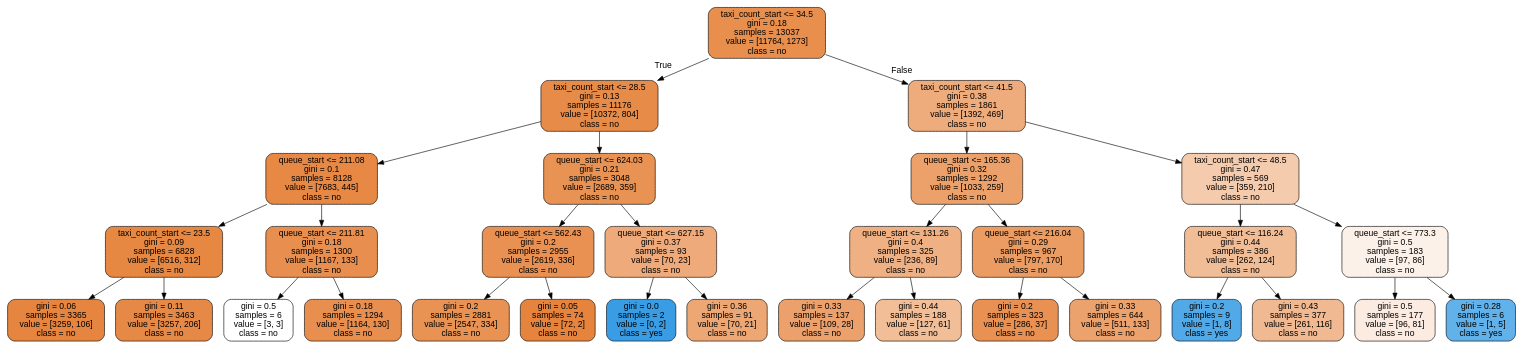
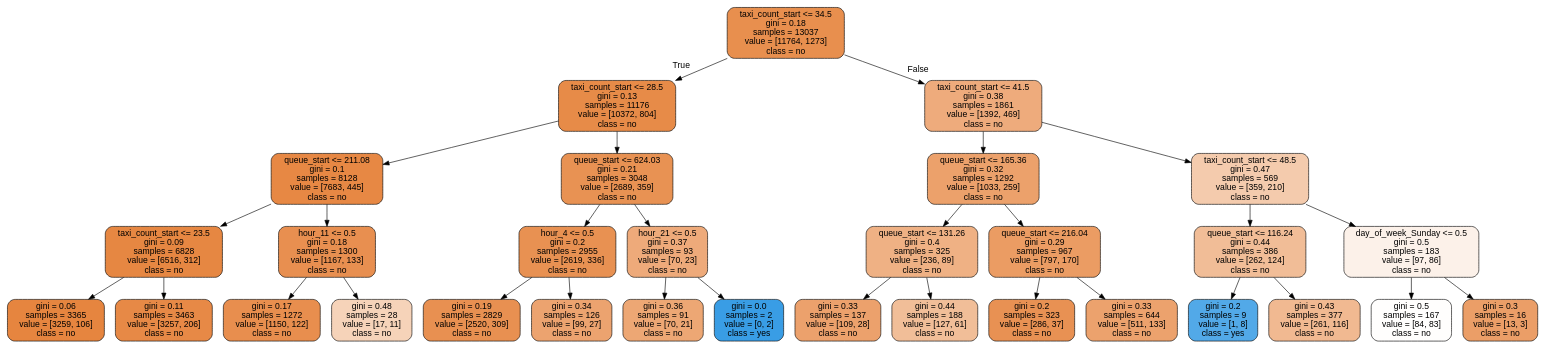
One commit to DungDinhDungDinh/capstone_project changed the diagram in tree.dot. Above: the diagram before and after it, drawn with Graphviz. The commit also changed 7 other files, not shown here.

```diff
--- a/tree.dot
+++ b/tree.dot
@@ -1,65 +1,65 @@
 digraph Tree {
 node [shape=box, style="filled, rounded", color="black", fontname="helvetica"] ;
 edge [fontname="helvetica"] ;
 0 [label="taxi_count_start <= 34.5\ngini = 0.18\nsamples = 13037\nvalue = [11764, 1273]\nclass = no", fillcolor="#e88f4e"] ;
 1 [label="taxi_count_start <= 28.5\ngini = 0.13\nsamples = 11176\nvalue = [10372, 804]\nclass = no", fillcolor="#e78b48"] ;
 0 -> 1 [labeldistance=2.5, labelangle=45, headlabel="True"] ;
 2 [label="queue_start <= 211.08\ngini = 0.1\nsamples = 8128\nvalue = [7683, 445]\nclass = no", fillcolor="#e78844"] ;
 1 -> 2 ;
 3 [label="taxi_count_start <= 23.5\ngini = 0.09\nsamples = 6828\nvalue = [6516, 312]\nclass = no", fillcolor="#e68742"] ;
 2 -> 3 ;
 4 [label="gini = 0.06\nsamples = 3365\nvalue = [3259, 106]\nclass = no", fillcolor="#e6853f"] ;
 3 -> 4 ;
 5 [label="gini = 0.11\nsamples = 3463\nvalue = [3257, 206]\nclass = no", fillcolor="#e78946"] ;
 3 -> 5 ;
-6 [label="queue_start <= 211.81\ngini = 0.18\nsamples = 1300\nvalue = [1167, 133]\nclass = no", fillcolor="#e88f50"] ;
+6 [label="hour_11 <= 0.5\ngini = 0.18\nsamples = 1300\nvalue = [1167, 133]\nclass = no", fillcolor="#e88f50"] ;
 2 -> 6 ;
-7 [label="gini = 0.5\nsamples = 6\nvalue = [3, 3]\nclass = no", fillcolor="#ffffff"] ;
+7 [label="gini = 0.17\nsamples = 1272\nvalue = [1150, 122]\nclass = no", fillcolor="#e88e4e"] ;
 6 -> 7 ;
-8 [label="gini = 0.18\nsamples = 1294\nvalue = [1164, 130]\nclass = no", fillcolor="#e88f4f"] ;
+8 [label="gini = 0.48\nsamples = 28\nvalue = [17, 11]\nclass = no", fillcolor="#f6d3b9"] ;
 6 -> 8 ;
 9 [label="queue_start <= 624.03\ngini = 0.21\nsamples = 3048\nvalue = [2689, 359]\nclass = no", fillcolor="#e89253"] ;
 1 -> 9 ;
-10 [label="queue_start <= 562.43\ngini = 0.2\nsamples = 2955\nvalue = [2619, 336]\nclass = no", fillcolor="#e89152"] ;
+10 [label="hour_4 <= 0.5\ngini = 0.2\nsamples = 2955\nvalue = [2619, 336]\nclass = no", fillcolor="#e89152"] ;
 9 -> 10 ;
-11 [label="gini = 0.2\nsamples = 2881\nvalue = [2547, 334]\nclass = no", fillcolor="#e89253"] ;
+11 [label="gini = 0.19\nsamples = 2829\nvalue = [2520, 309]\nclass = no", fillcolor="#e89051"] ;
 10 -> 11 ;
-12 [label="gini = 0.05\nsamples = 74\nvalue = [72, 2]\nclass = no", fillcolor="#e6843e"] ;
+12 [label="gini = 0.34\nsamples = 126\nvalue = [99, 27]\nclass = no", fillcolor="#eca36f"] ;
 10 -> 12 ;
-13 [label="queue_start <= 627.15\ngini = 0.37\nsamples = 93\nvalue = [70, 23]\nclass = no", fillcolor="#eeaa7a"] ;
+13 [label="hour_21 <= 0.5\ngini = 0.37\nsamples = 93\nvalue = [70, 23]\nclass = no", fillcolor="#eeaa7a"] ;
 9 -> 13 ;
-14 [label="gini = 0.0\nsamples = 2\nvalue = [0, 2]\nclass = yes", fillcolor="#399de5"] ;
+14 [label="gini = 0.36\nsamples = 91\nvalue = [70, 21]\nclass = no", fillcolor="#eda774"] ;
 13 -> 14 ;
-15 [label="gini = 0.36\nsamples = 91\nvalue = [70, 21]\nclass = no", fillcolor="#eda774"] ;
+15 [label="gini = 0.0\nsamples = 2\nvalue = [0, 2]\nclass = yes", fillcolor="#399de5"] ;
 13 -> 15 ;
 16 [label="taxi_count_start <= 41.5\ngini = 0.38\nsamples = 1861\nvalue = [1392, 469]\nclass = no", fillcolor="#eeab7c"] ;
 0 -> 16 [labeldistance=2.5, labelangle=-45, headlabel="False"] ;
 17 [label="queue_start <= 165.36\ngini = 0.32\nsamples = 1292\nvalue = [1033, 259]\nclass = no", fillcolor="#eca16b"] ;
 16 -> 17 ;
 18 [label="queue_start <= 131.26\ngini = 0.4\nsamples = 325\nvalue = [236, 89]\nclass = no", fillcolor="#efb184"] ;
 17 -> 18 ;
 19 [label="gini = 0.33\nsamples = 137\nvalue = [109, 28]\nclass = no", fillcolor="#eca16c"] ;
 18 -> 19 ;
 20 [label="gini = 0.44\nsamples = 188\nvalue = [127, 61]\nclass = no", fillcolor="#f1be98"] ;
 18 -> 20 ;
 21 [label="queue_start <= 216.04\ngini = 0.29\nsamples = 967\nvalue = [797, 170]\nclass = no", fillcolor="#eb9c63"] ;
 17 -> 21 ;
 22 [label="gini = 0.2\nsamples = 323\nvalue = [286, 37]\nclass = no", fillcolor="#e89153"] ;
 21 -> 22 ;
 23 [label="gini = 0.33\nsamples = 644\nvalue = [511, 133]\nclass = no", fillcolor="#eca26d"] ;
 21 -> 23 ;
 24 [label="taxi_count_start <= 48.5\ngini = 0.47\nsamples = 569\nvalue = [359, 210]\nclass = no", fillcolor="#f4cbad"] ;
 16 -> 24 ;
 25 [label="queue_start <= 116.24\ngini = 0.44\nsamples = 386\nvalue = [262, 124]\nclass = no", fillcolor="#f1bd97"] ;
 24 -> 25 ;
 26 [label="gini = 0.2\nsamples = 9\nvalue = [1, 8]\nclass = yes", fillcolor="#52a9e8"] ;
 25 -> 26 ;
 27 [label="gini = 0.43\nsamples = 377\nvalue = [261, 116]\nclass = no", fillcolor="#f1b991"] ;
 25 -> 27 ;
-28 [label="queue_start <= 773.3\ngini = 0.5\nsamples = 183\nvalue = [97, 86]\nclass = no", fillcolor="#fcf1e9"] ;
+28 [label="day_of_week_Sunday <= 0.5\ngini = 0.5\nsamples = 183\nvalue = [97, 86]\nclass = no", fillcolor="#fcf1e9"] ;
 24 -> 28 ;
-29 [label="gini = 0.5\nsamples = 177\nvalue = [96, 81]\nclass = no", fillcolor="#fbebe0"] ;
+29 [label="gini = 0.5\nsamples = 167\nvalue = [84, 83]\nclass = no", fillcolor="#fffefd"] ;
 28 -> 29 ;
-30 [label="gini = 0.28\nsamples = 6\nvalue = [1, 5]\nclass = yes", fillcolor="#61b1ea"] ;
+30 [label="gini = 0.3\nsamples = 16\nvalue = [13, 3]\nclass = no", fillcolor="#eb9e67"] ;
 28 -> 30 ;
 }
```
